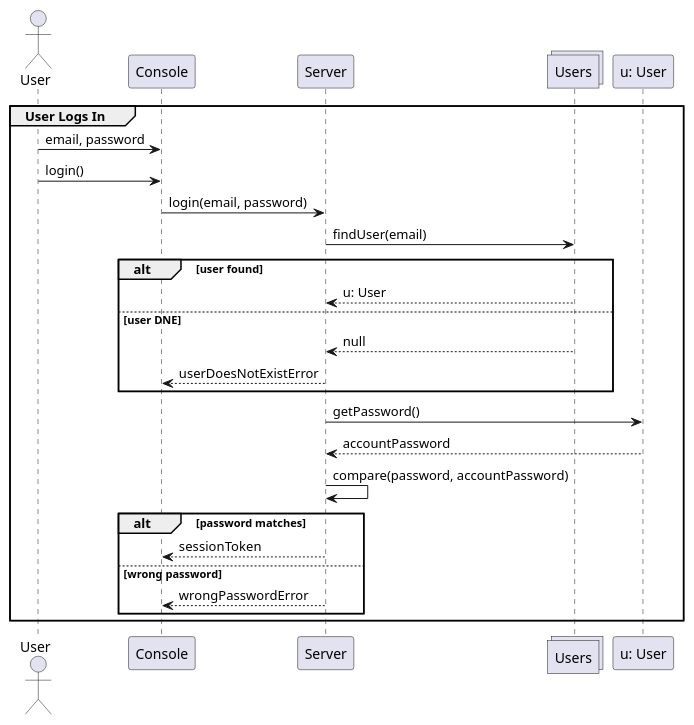
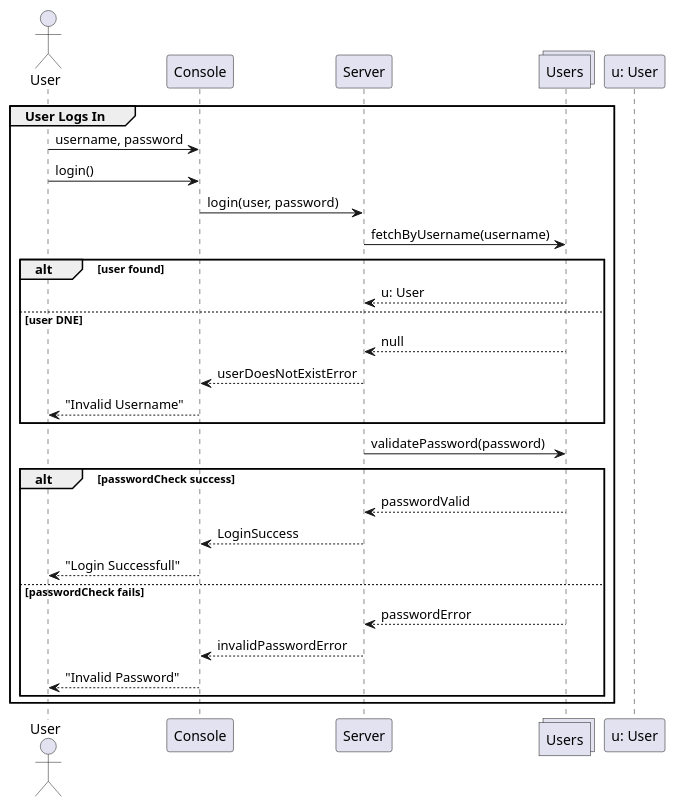
Before and after one commit to FrancoDominguez/SOEN342-project: the diagram in Documentation/SequenceDiagrams/Login.puml, drawn with PlantUML. The commit also changed 1 other file, not shown here.

Commit message:
Login() Sequence Diagram

```diff
--- a/Documentation/SequenceDiagrams/Login.puml
+++ b/Documentation/SequenceDiagrams/Login.puml
@@ -1,32 +1,37 @@
 @startuml TakingOffering
 
 Actor UserPerson as "User"
 participant Console as Console
 participant Server as Server
 collections Users as Accounts
 participant User as "u: User"
 
+group User Logs In
+  UserPerson -> Console: username, password
+  UserPerson -> Console: login()
+  Console -> Server: login(user, password)
 
-
-group User Logs In
-  UserPerson -> Console: email, password
-  UserPerson -> Console: login()
-  Console -> Server: login(email, password)
-  Server -> Accounts: findUser(email)
+  Server -> Accounts: fetchByUsername(username)
   alt user found
     Accounts --> Server: u: User
   else user DNE
     Accounts --> Server: null
     Server --> Console: userDoesNotExistError
+    Console --> UserPerson: "Invalid Username"
   end
-  Server -> User: getPassword()
-  User --> Server: accountPassword
-  Server -> Server: compare(password, accountPassword)
-  alt password matches
-    Server --> Console: sessionToken
-  else wrong password
-    Server --> Console: wrongPasswordError
+
+  
+  Server -> Accounts: validatePassword(password)
+
+  alt passwordCheck success
+    Accounts --> Server: passwordValid
+    Server --> Console: LoginSuccess
+    Console --> UserPerson: "Login Successfull"  
+  else passwordCheck fails
+    Accounts --> Server: passwordError
+    Server --> Console: invalidPasswordError
+    Console --> UserPerson: "Invalid Password"
   end
 end
 
 @enduml
```
